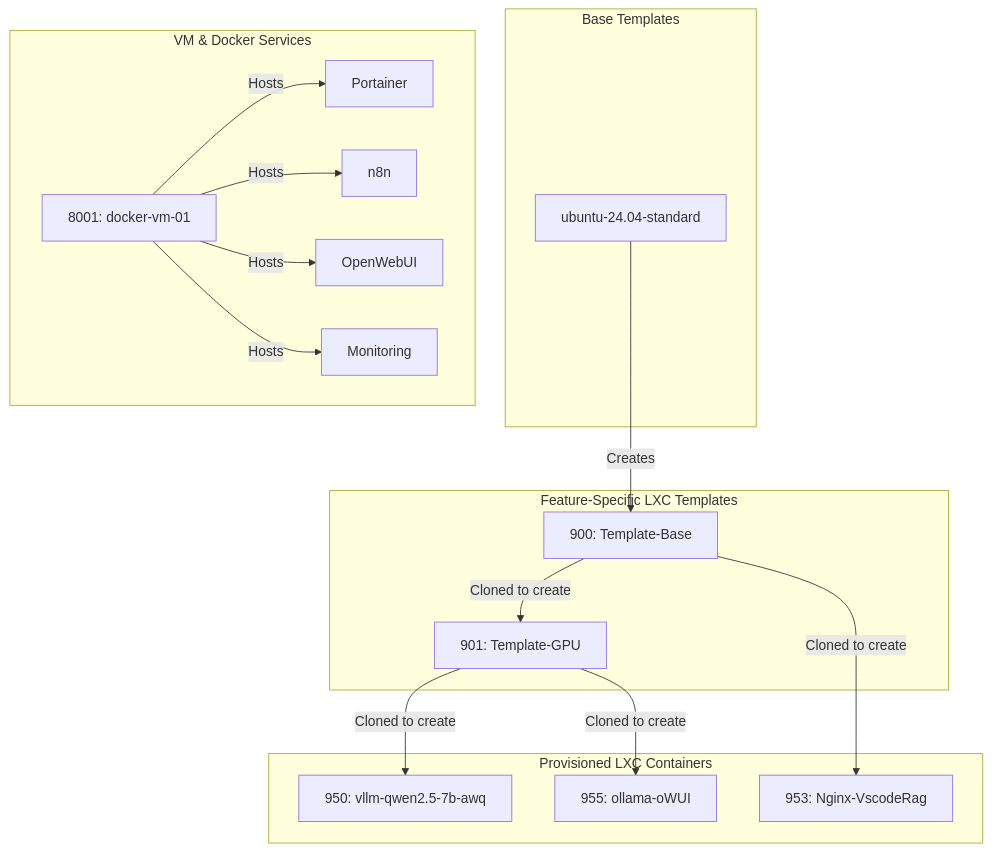
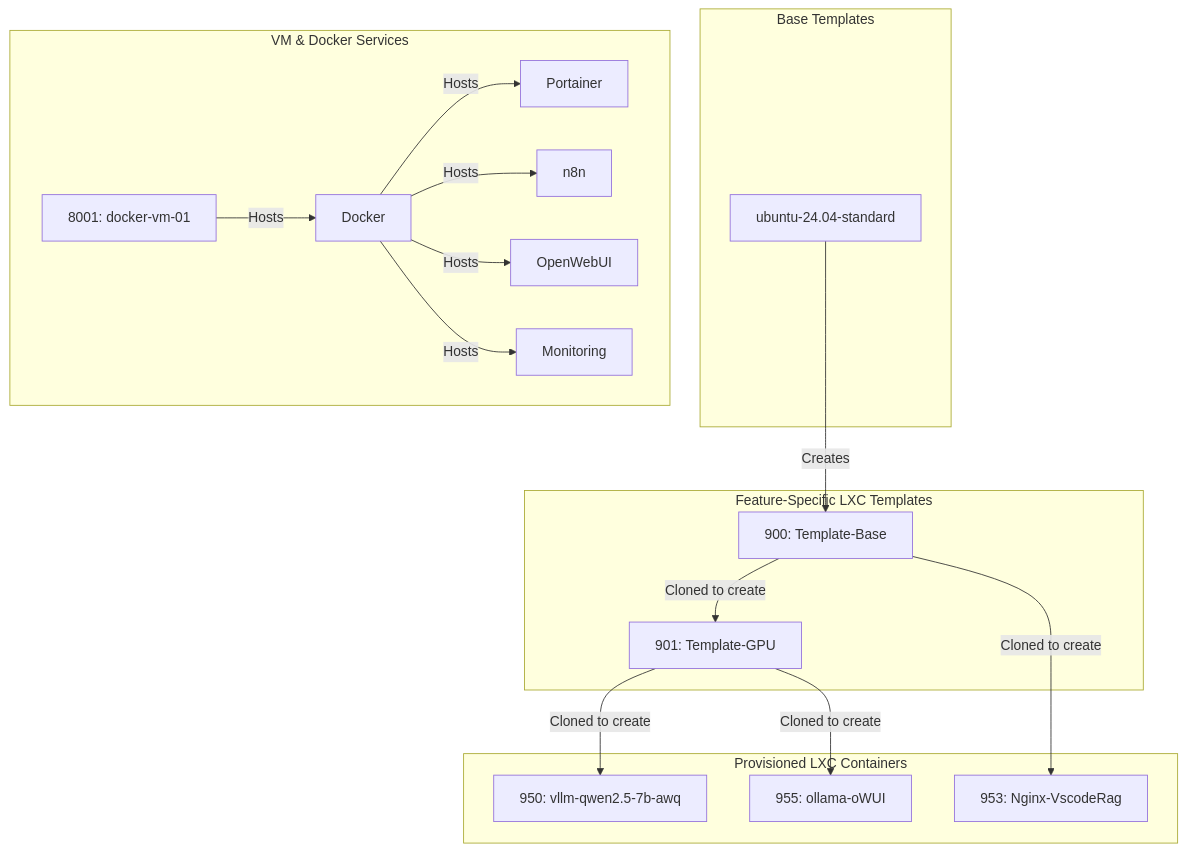
The fourth of 5 diagrams in Thinkheads.AI_docs/02_technical_strategy_and_architecture/26_phoenix_hypervisor_unified_architecture_guide.md (SirHeads/Testing-ideas), drawn with Mermaid before and after one commit. The commit also changed other lines of this file and 12 other files, not shown here.

````diff
--- a/Thinkheads.AI_docs/02_technical_strategy_and_architecture/26_phoenix_hypervisor_unified_architecture_guide.md
+++ b/Thinkheads.AI_docs/02_technical_strategy_and_architecture/26_phoenix_hypervisor_unified_architecture_guide.md
@@ -218,37 +218,39 @@
 ```mermaid
 graph TD
     subgraph "Base Templates"
         T1[ubuntu-24.04-standard]
     end
 
     subgraph "Feature-Specific LXC Templates"
         T2[900: Template-Base]
         T3[901: Template-GPU]
     end
 
     subgraph "Provisioned LXC Containers"
         C1[950: vllm-qwen2.5-7b-awq]
         C2[953: Nginx-VscodeRag]
         C3[955: ollama-oWUI]
     end
 
     subgraph "VM & Docker Services"
         VM[8001: docker-vm-01]
+        Docker["Docker"]
         Portainer["Portainer"]
         N8N["n8n"]
         OpenWebUI["OpenWebUI"]
         Monitoring["Monitoring"]
     end
 
     T1 -- Creates --> T2
     T2 -- Cloned to create --> T3
 
     T3 -- Cloned to create --> C1
     T2 -- Cloned to create --> C2
     T3 -- Cloned to create --> C3
 
-    VM -- Hosts --> Portainer
-    VM -- Hosts --> N8N
-    VM -- Hosts --> OpenWebUI
-    VM -- Hosts --> Monitoring
+    VM -- Hosts --> Docker
+    Docker -- Hosts --> Portainer
+    Docker -- Hosts --> N8N
+    Docker -- Hosts --> OpenWebUI
+    Docker -- Hosts --> Monitoring
 ```
````
